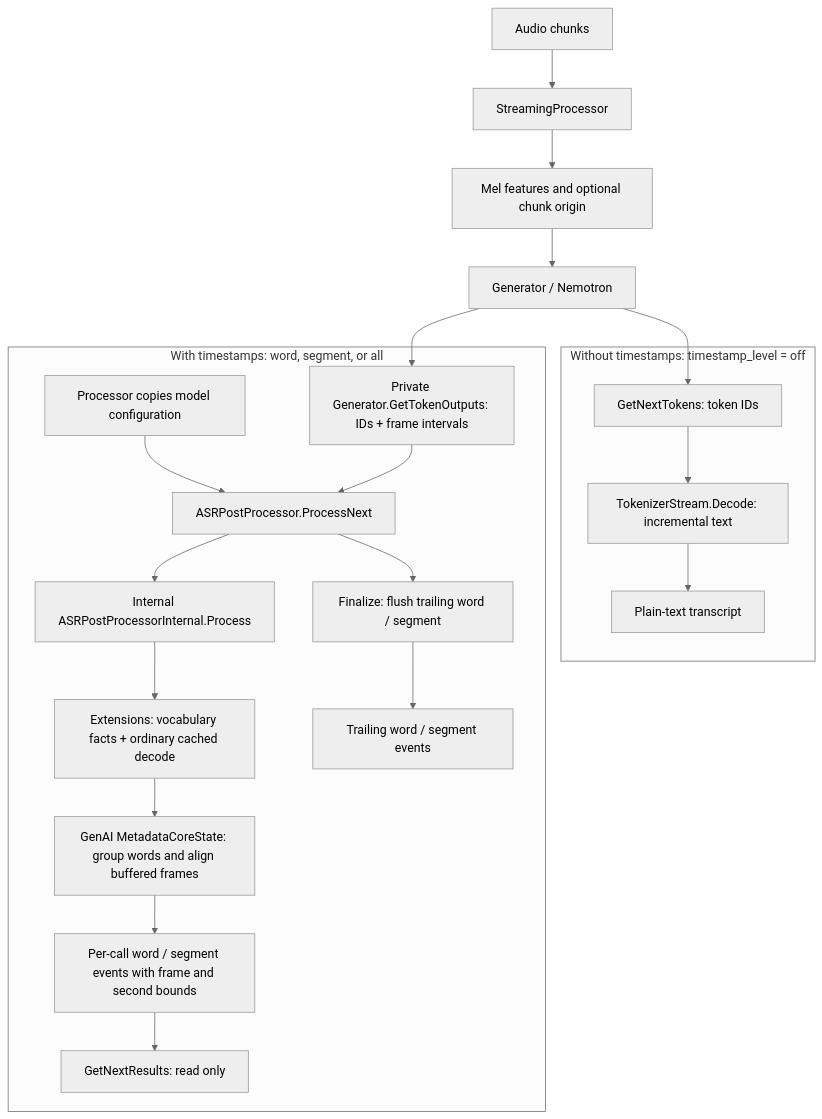
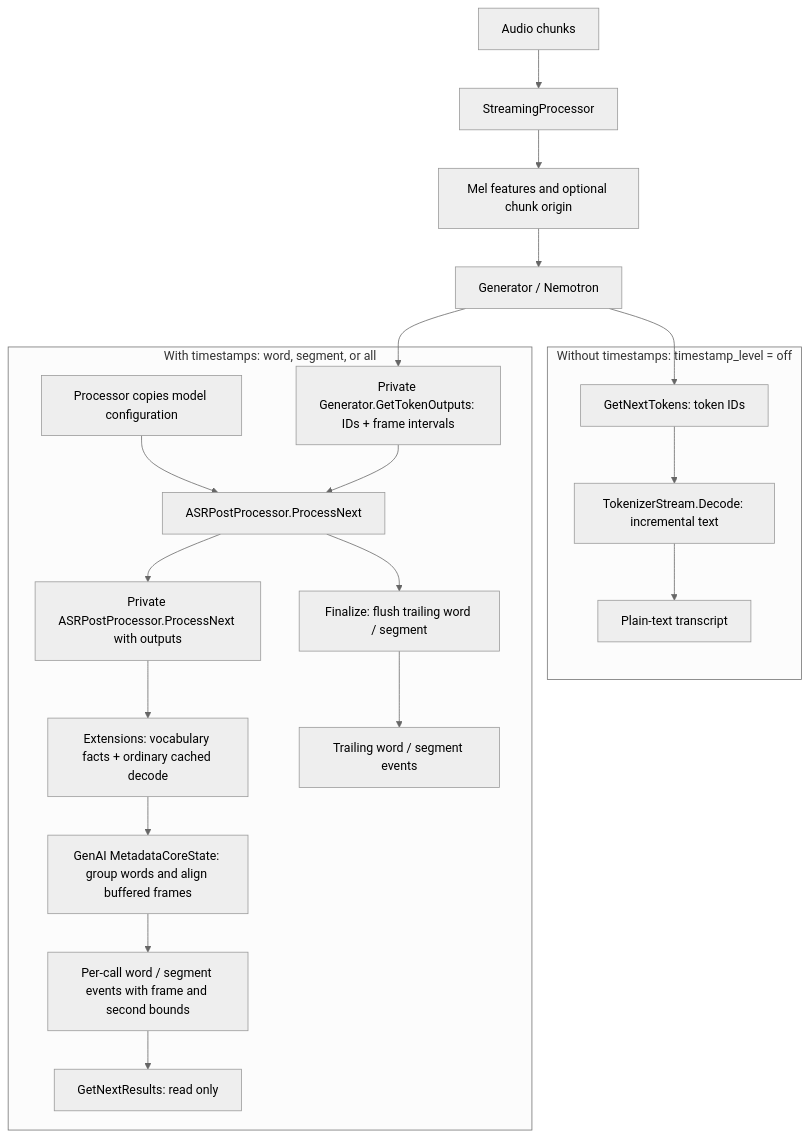
Before and after one commit to microsoft/onnxruntime-genai: the diagram in docs/nemotron_speech_timestamps.md, drawn with Mermaid (neutral theme). The commit also changed other lines of this file and 6 other files, not shown here.

First line of the commit message:
Consolidate ASR postprocessing into a private ProcessNext overload

````diff
--- a/docs/nemotron_speech_timestamps.md
+++ b/docs/nemotron_speech_timestamps.md
@@ -52,26 +53,26 @@
 ```mermaid
 flowchart TB
   audio[Audio chunks] --> processor[StreamingProcessor]
   processor --> features[Mel features and optional chunk origin]
   features --> generator[Generator / Nemotron]
 
   subgraph plain[Without timestamps: timestamp_level = off]
     ids[GetNextTokens: token IDs] --> decode[TokenizerStream.Decode: incremental text]
     decode --> transcript[Plain-text transcript]
   end
 
   subgraph timed[With timestamps: word, segment, or all]
     setup[Processor copies model configuration] --> stream
     timed_tokens[Private Generator.GetTokenOutputs: IDs + frame intervals] --> stream[ASRPostProcessor.ProcessNext]
-    stream --> internal[Internal ASRPostProcessorInternal.Process]
+    stream --> internal[Private ASRPostProcessor.ProcessNext with outputs]
     internal --> ortx[Extensions: vocabulary facts + ordinary cached decode]
     ortx --> align[GenAI MetadataCoreState: group words and align buffered frames]
     align --> events[Per-call word / segment events with frame and second bounds]
     events --> read[GetNextResults: read only]
     stream --> final[Finalize: flush trailing word / segment]
     final --> trailing[Trailing word / segment events]
   end
 
   generator --> ids
   generator --> timed_tokens
 ```
````
